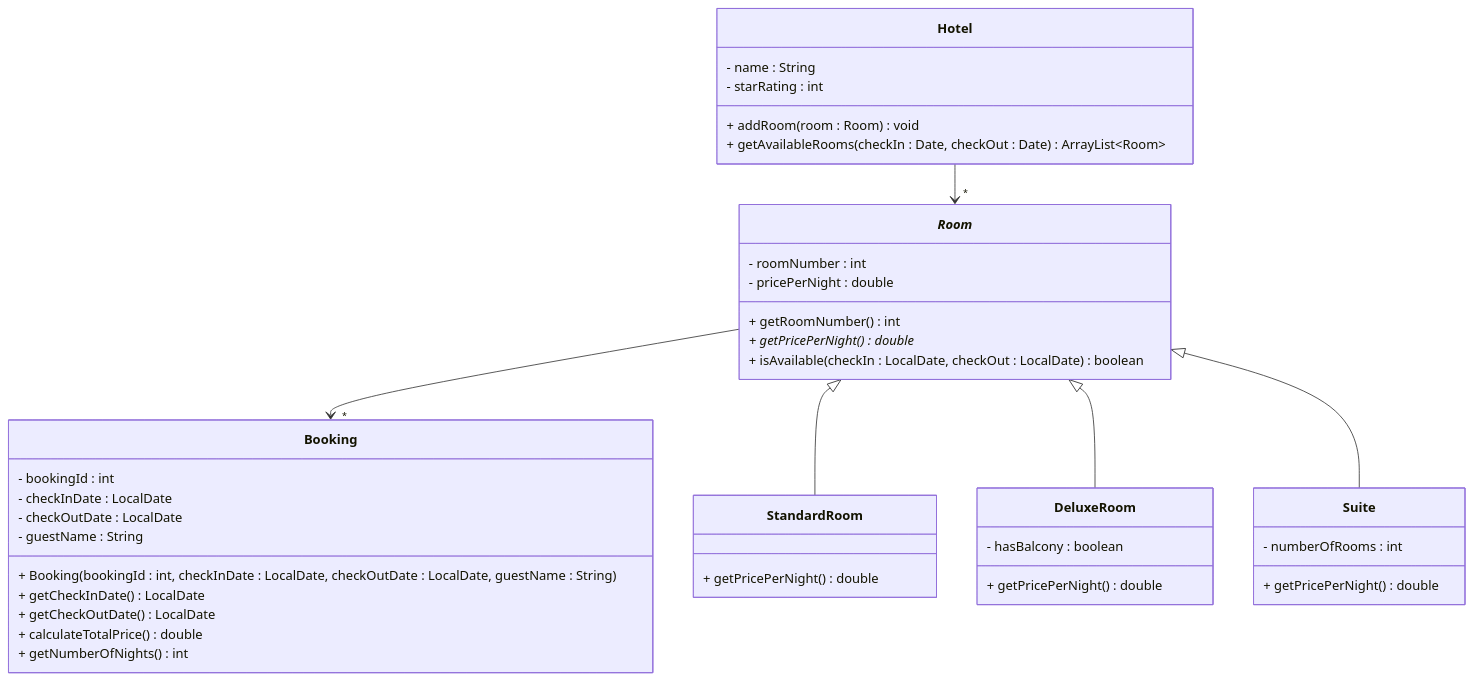
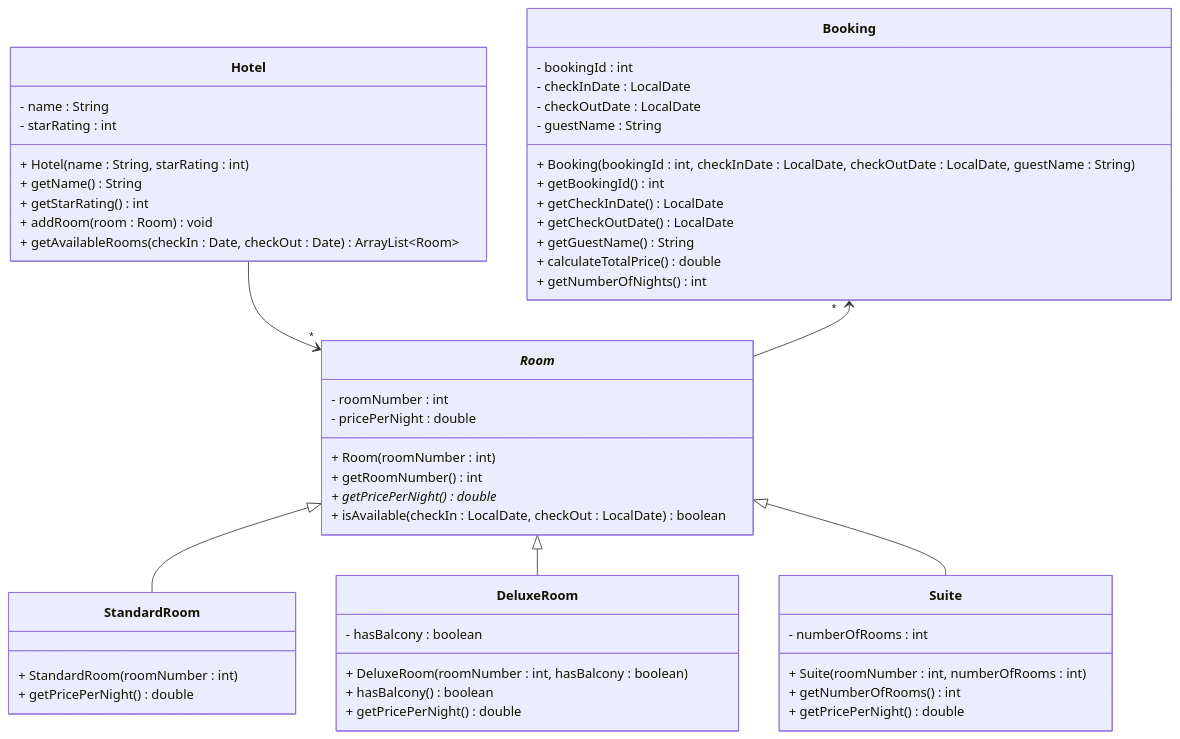
The diagram in Articles/Session 24 - Exam/009 Exercise 8 - Hotel Booking.md (TroelsMortensen/Codelabs2), drawn with Mermaid before and after one commit. The commit also changed 9 other files, not shown here.

````diff
--- a/Articles/Session 24 - Exam/009 Exercise 8 - Hotel Booking.md
+++ b/Articles/Session 24 - Exam/009 Exercise 8 - Hotel Booking.md
@@ -5,49 +5,60 @@
 ```mermaid
 classDiagram
     class Hotel {
         - name : String
         - starRating : int
+        + Hotel(name : String, starRating : int)
+        + getName() String
+        + getStarRating() int
         + addRoom(room : Room) void
         + getAvailableRooms(checkIn : Date, checkOut : Date) ArrayList~Room~
     }
     
     class _Room_ {
         - roomNumber : int
         - pricePerNight : double
+        + Room(roomNumber : int)
         + getRoomNumber() int
         + getPricePerNight()* double
         + isAvailable(checkIn : LocalDate, checkOut : LocalDate) boolean
     }
     
     class Booking {
         - bookingId : int
         - checkInDate : LocalDate
         - checkOutDate : LocalDate
         - guestName : String
         + Booking(bookingId : int, checkInDate : LocalDate, checkOutDate : LocalDate, guestName : String)
+        + getBookingId() int
         + getCheckInDate() LocalDate
         + getCheckOutDate() LocalDate
+        + getGuestName() String
         + calculateTotalPrice() double
         + getNumberOfNights() int
     }
     
     class StandardRoom {
+        + StandardRoom(roomNumber : int)
         + getPricePerNight() double
     }
     
     class DeluxeRoom {
         - hasBalcony : boolean
+        + DeluxeRoom(roomNumber : int, hasBalcony : boolean)
+        + hasBalcony() boolean
         + getPricePerNight() double
     }
     
     class Suite {
         - numberOfRooms : int
+        + Suite(roomNumber : int, numberOfRooms : int)
+        + getNumberOfRooms() int
         + getPricePerNight() double
     }
     
     Hotel --> "*" _Room_ 
-    _Room_ --> "*" Booking
+    Booking "*" <-- _Room_
     _Room_ <|-- StandardRoom
     _Room_ <|-- DeluxeRoom
     _Room_ <|-- Suite
 ```
````
